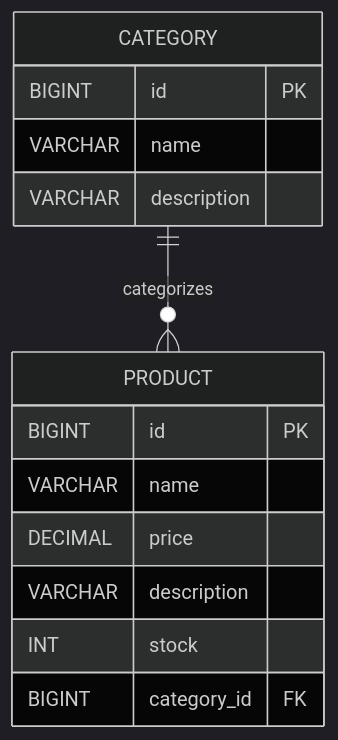
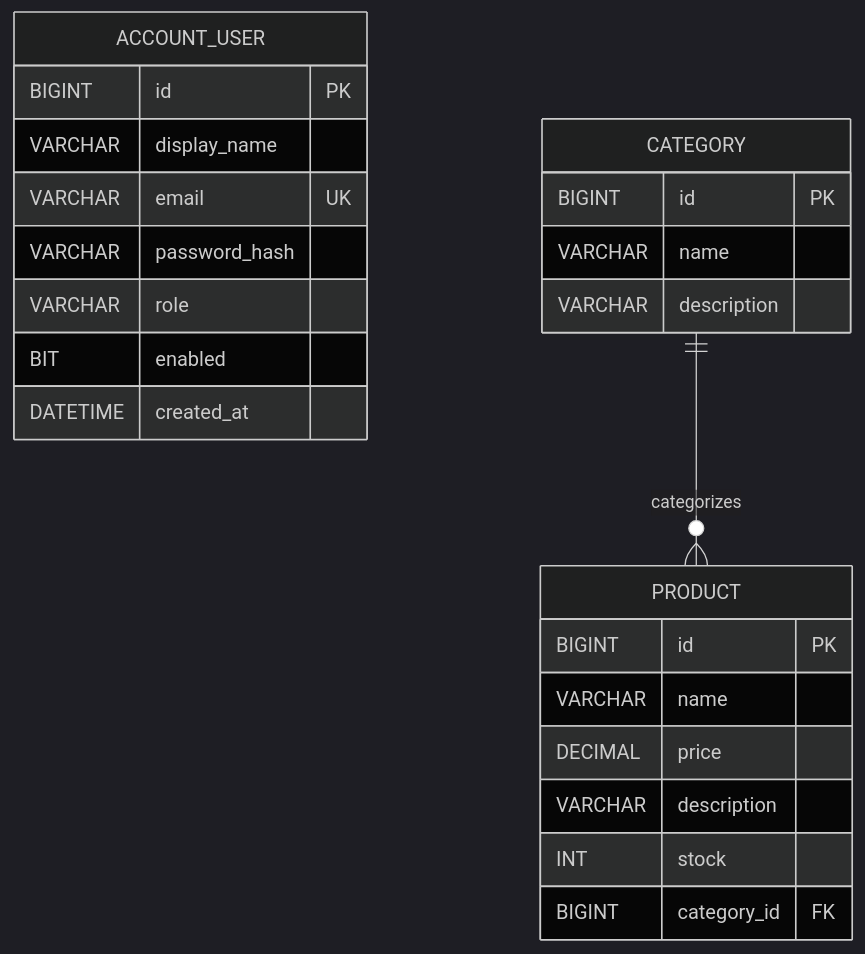
Before and after one commit to 23020717TranThuanVy/ShopSphere-E-commerce-Management-System: the diagram in shopsphere/docs/database-design.md, drawn with Mermaid (dark theme). The commit also changed other lines of this file and 38 other files, not shown here.

````diff
--- a/shopsphere/docs/database-design.md
+++ b/shopsphere/docs/database-design.md
@@ -14,17 +13,26 @@
 ```mermaid
 erDiagram
+  ACCOUNT_USER {
+    BIGINT id PK
+    VARCHAR display_name
+    VARCHAR email UK
+    VARCHAR password_hash
+    VARCHAR role
+    BIT enabled
+    DATETIME created_at
+  }
   CATEGORY ||--o{ PRODUCT : categorizes
   CATEGORY {
     BIGINT id PK
     VARCHAR name
     VARCHAR description
   }
   PRODUCT {
     BIGINT id PK
     VARCHAR name
     DECIMAL price
     VARCHAR description
     INT stock
     BIGINT category_id FK
   }
 ```
````
